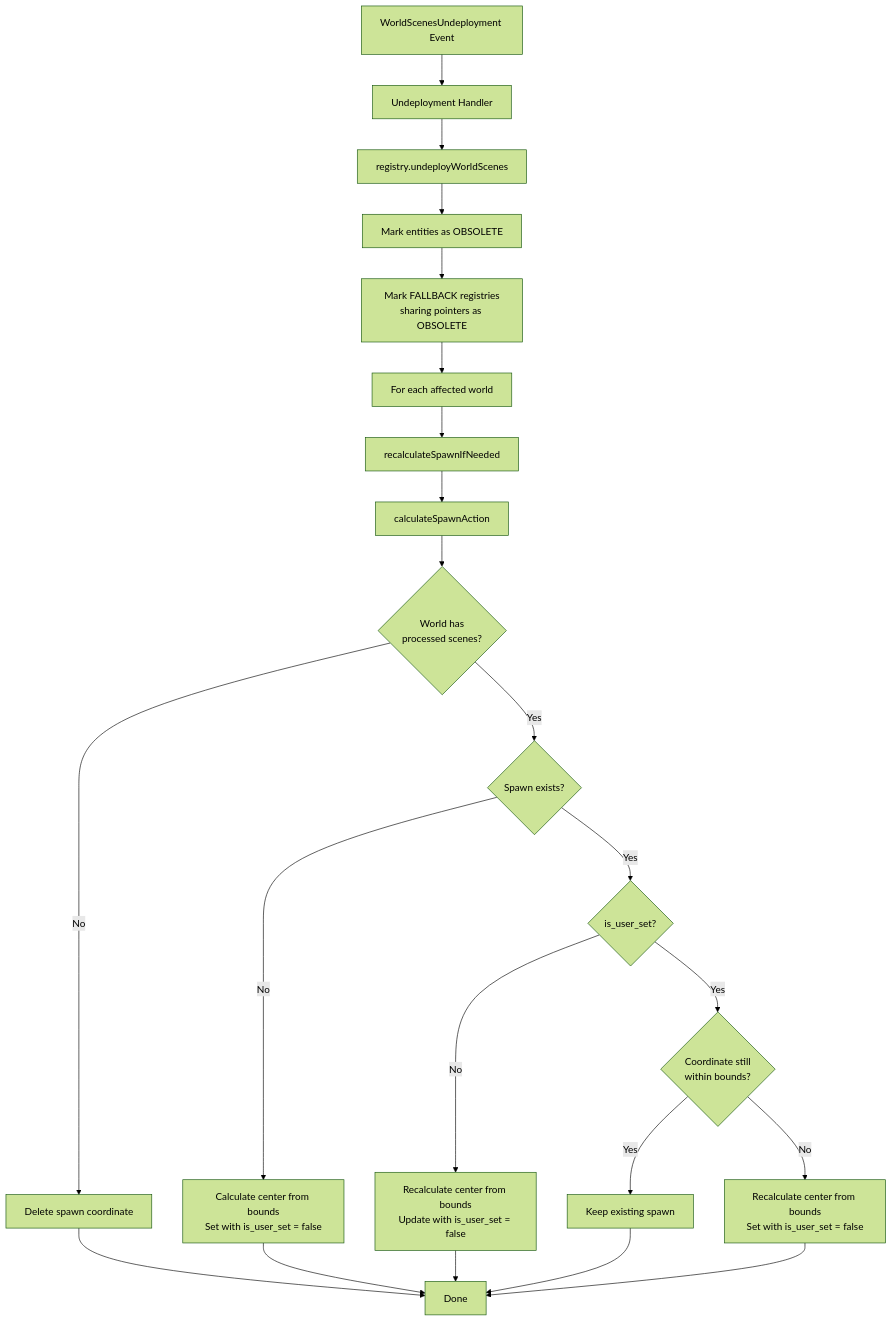
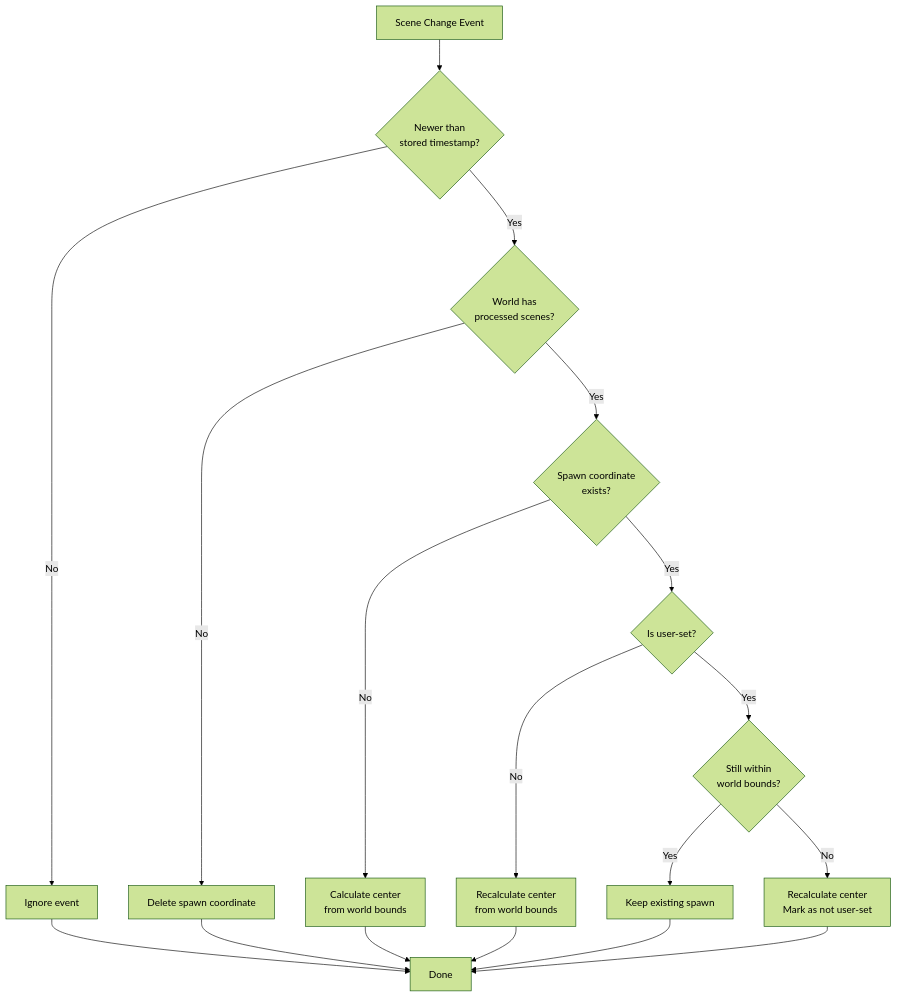
The third of 3 diagrams in PR_DESCRIPTION.md (decentraland/asset-bundle-registry), drawn with Mermaid (forest theme) before and after one commit. The commit also changed other lines of this file and 27 other files, not shown here.

Commit message:
feat: Add spawn coordinates timestamp race condition prevention

````diff
--- a/PR_DESCRIPTION.md
+++ b/PR_DESCRIPTION.md
@@ -205,24 +190,20 @@
 ```mermaid
 flowchart TD
-    A[WorldScenesUndeployment Event] --> B[Undeployment Handler]
-    B --> C[registry.undeployWorldScenes]
-    C --> D[Mark entities as OBSOLETE]
-    D --> E[Mark FALLBACK registries<br/>sharing pointers as OBSOLETE]
-    E --> F[For each affected world]
-    F --> G[recalculateSpawnIfNeeded]
-    G --> H[calculateSpawnAction]
-    H --> I{World has<br/>processed scenes?}
-    I -->|No| J[Delete spawn coordinate]
-    I -->|Yes| K{Spawn exists?}
-    K -->|No| L[Calculate center from bounds<br/>Set with is_user_set = false]
-    K -->|Yes| M{is_user_set?}
-    M -->|No| N[Recalculate center from bounds<br/>Update with is_user_set = false]
-    M -->|Yes| O{Coordinate still<br/>within bounds?}
-    O -->|Yes| P[Keep existing spawn]
-    O -->|No| Q[Recalculate center from bounds<br/>Set with is_user_set = false]
-    J --> R[Done]
-    L --> R
-    N --> R
-    P --> R
-    Q --> R
+    A[Scene Change Event] --> B{Newer than<br/>stored timestamp?}
+    B -->|No| C[Ignore event]
+    B -->|Yes| D{World has<br/>processed scenes?}
+    D -->|No| E[Delete spawn coordinate]
+    D -->|Yes| F{Spawn coordinate<br/>exists?}
+    F -->|No| G[Calculate center<br/>from world bounds]
+    F -->|Yes| H{Is user-set?}
+    H -->|No| I[Recalculate center<br/>from world bounds]
+    H -->|Yes| J{Still within<br/>world bounds?}
+    J -->|Yes| K[Keep existing spawn]
+    J -->|No| L[Recalculate center<br/>Mark as not user-set]
+    C --> M[Done]
+    E --> M
+    G --> M
+    I --> M
+    K --> M
+    L --> M
 ```
````
